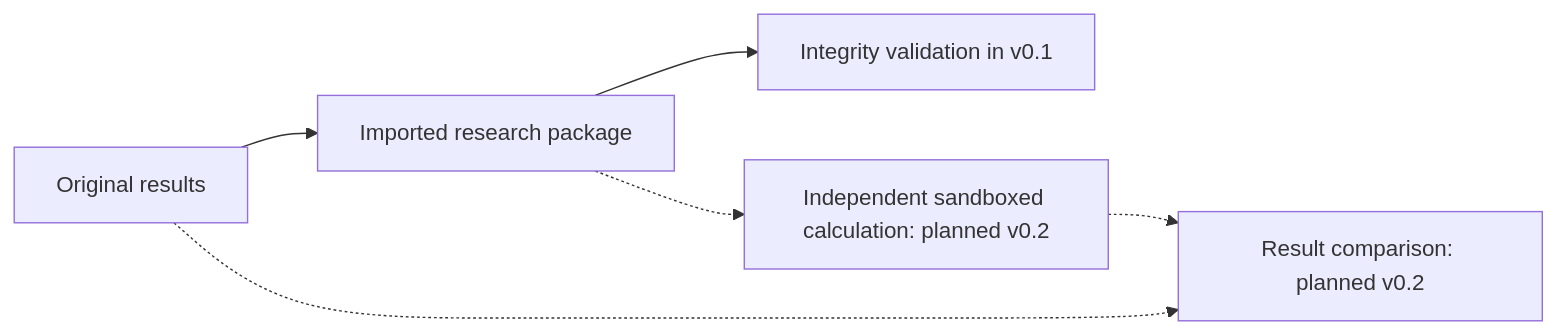
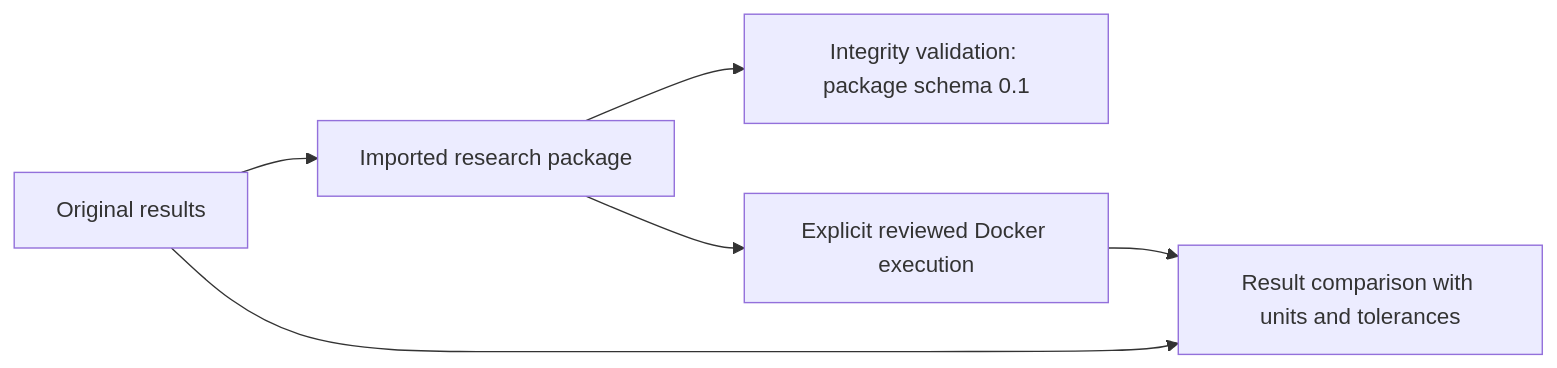
One commit to fredsevmartins/Capybara changed the diagram in docs/diagrams/reproducibility.mmd. Above: the diagram before and after it, drawn with Mermaid. The commit also changed 26 other files, not shown here.

```diff
--- a/docs/diagrams/reproducibility.mmd
+++ b/docs/diagrams/reproducibility.mmd
@@ -1,6 +1,6 @@
 flowchart LR
     O[Original results] --> P[Imported research package]
-    P --> V[Integrity validation in v0.1]
-    P -.-> I[Independent sandboxed calculation: planned v0.2]
-    I -.-> C[Result comparison: planned v0.2]
-    O -.-> C
+    P --> V[Integrity validation: package schema 0.1]
+    P --> I[Explicit reviewed Docker execution]
+    I --> C[Result comparison with units and tolerances]
+    O --> C
```
